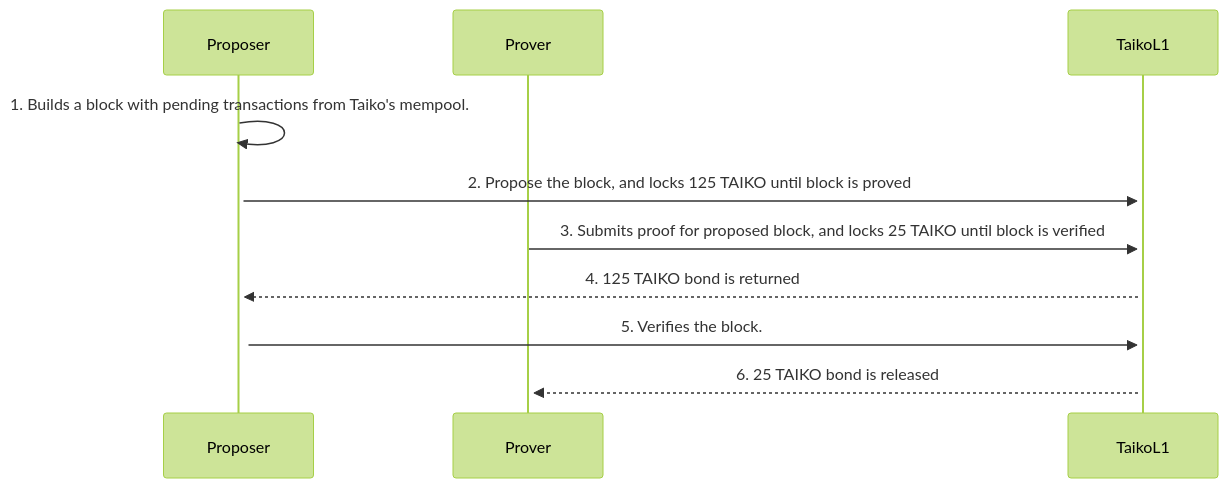
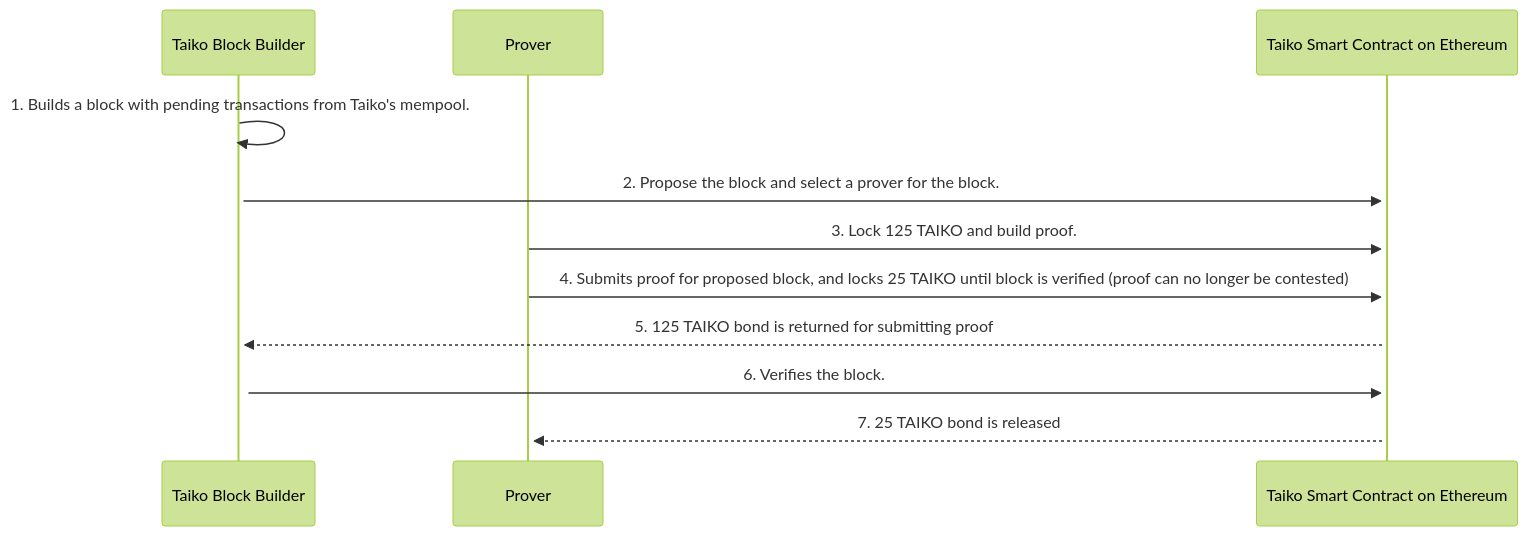
Before and after one commit to fahimahmedx/taiko-block-building: the diagram in high-level.MD, drawn with Mermaid (forest theme). The commit also changed other lines of this file, not shown here.

Commit message:
fix high level overview

````diff
--- a/high-level.MD
+++ b/high-level.MD
@@ -1,14 +1,15 @@
 ```mermaid
 sequenceDiagram
-participant Proposer
+participant Taiko Block Builder
 participant Prover
-participant TaikoL1
+participant Taiko Smart Contract on Ethereum
 
 
-Proposer->>+Proposer: 1. Builds a block with pending transactions from Taiko's mempool.
-Proposer->>+TaikoL1: 2. Propose the block, and locks 125 TAIKO until block is proved
-Prover->>+TaikoL1: 3. Submits proof for proposed block, and locks 25 TAIKO until block is verified
-TaikoL1-->>+Proposer: 4. 125 TAIKO bond is returned
-Proposer->>+TaikoL1: 5. Verifies the block.
-TaikoL1-->>+Prover: 6. 25 TAIKO bond is released
+Taiko Block Builder->>+Taiko Block Builder: 1. Builds a block with pending transactions from Taiko's mempool.
+Taiko Block Builder->>+Taiko Smart Contract on Ethereum: 2. Propose the block and select a prover for the block.
+Prover->>+Taiko Smart Contract on Ethereum: 3. Lock 125 TAIKO and build proof.
+Prover->>+Taiko Smart Contract on Ethereum: 4. Submits proof for proposed block, and locks 25 TAIKO until block is verified (proof can no longer be contested)
+Taiko Smart Contract on Ethereum-->>+Taiko Block Builder: 5. 125 TAIKO bond is returned for submitting proof
+Taiko Block Builder->>+Taiko Smart Contract on Ethereum: 6. Verifies the block.
+Taiko Smart Contract on Ethereum-->>+Prover: 7. 25 TAIKO bond is released
 ```
````
